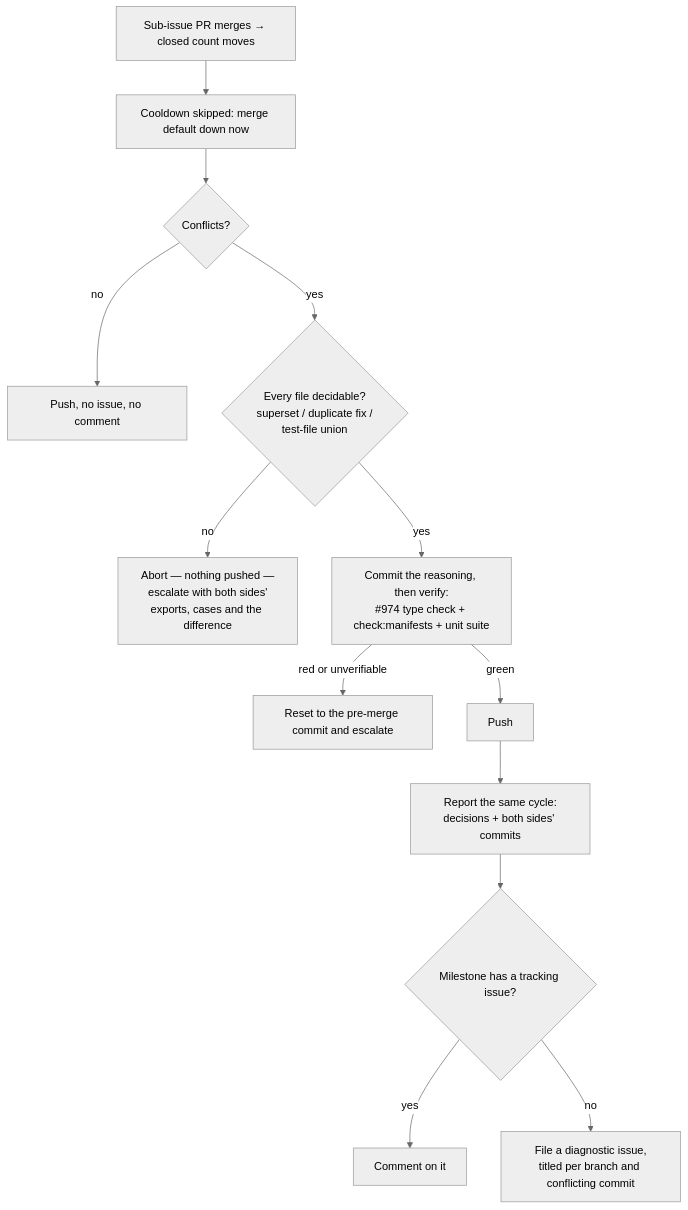
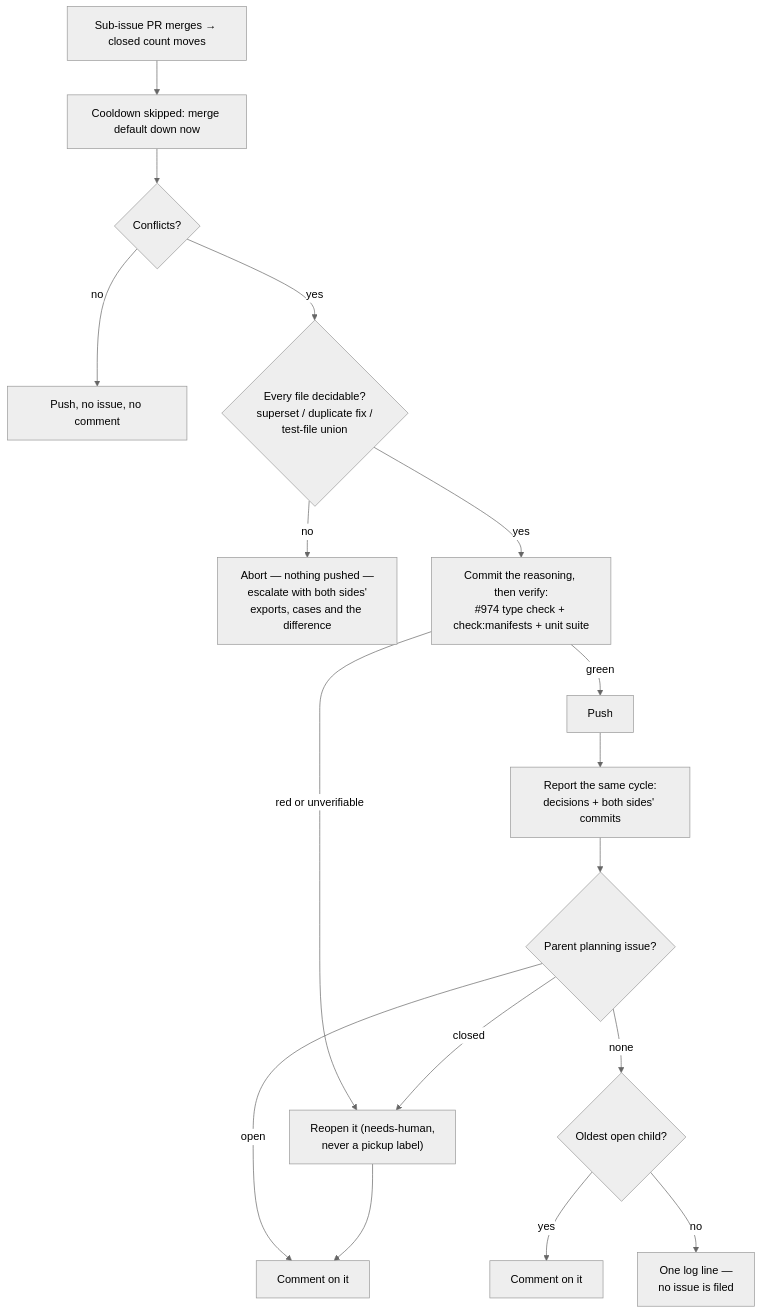
Before and after one commit to stSoftwareAU/VibeCoder: diagram 27 of 30 in docs/INTERNALS.md, drawn with Mermaid (neutral theme). The commit also changed other lines of this file and 10 other files, not shown here.

First line of the commit message:
Issue #1769: milestone escalations comment on an existing issue

````diff
--- a/docs/INTERNALS.md
+++ b/docs/INTERNALS.md
@@ -3097,15 +3097,18 @@
 ```mermaid
 flowchart TD
     A[Sub-issue PR merges → closed count moves] --> B[Cooldown skipped: merge default down now]
     B --> C{Conflicts?}
     C -- no --> D[Push, no issue, no comment]
     C -- yes --> T{"Every file decidable?<br/>superset / duplicate fix /<br/>test-file union"}
     T -- no --> X["Abort — nothing pushed —<br/>escalate with both sides'<br/>exports, cases and the difference"]
     T -- yes --> V["Commit the reasoning, then verify:<br/>#974 type check + check:manifests + unit suite"]
     V -- red or unverifiable --> R[Reset to the pre-merge commit and escalate]
     V -- green --> P[Push]
     P --> F["Report the same cycle:<br/>decisions + both sides' commits"]
-    F --> G{Milestone has a tracking issue?}
-    G -- yes --> H[Comment on it]
-    G -- no --> I["File a diagnostic issue,<br/>titled per branch and conflicting commit"]
+    F --> G{Parent planning issue?}
+    G -- open --> H[Comment on it]
+    G -- closed --> R["Reopen it (needs-human,<br/>never a pickup label)"] --> H
+    G -- none --> C2{Oldest open child?}
+    C2 -- yes --> H2[Comment on it]
+    C2 -- no --> L["One log line —<br/>no issue is filed"]
 ```
````
